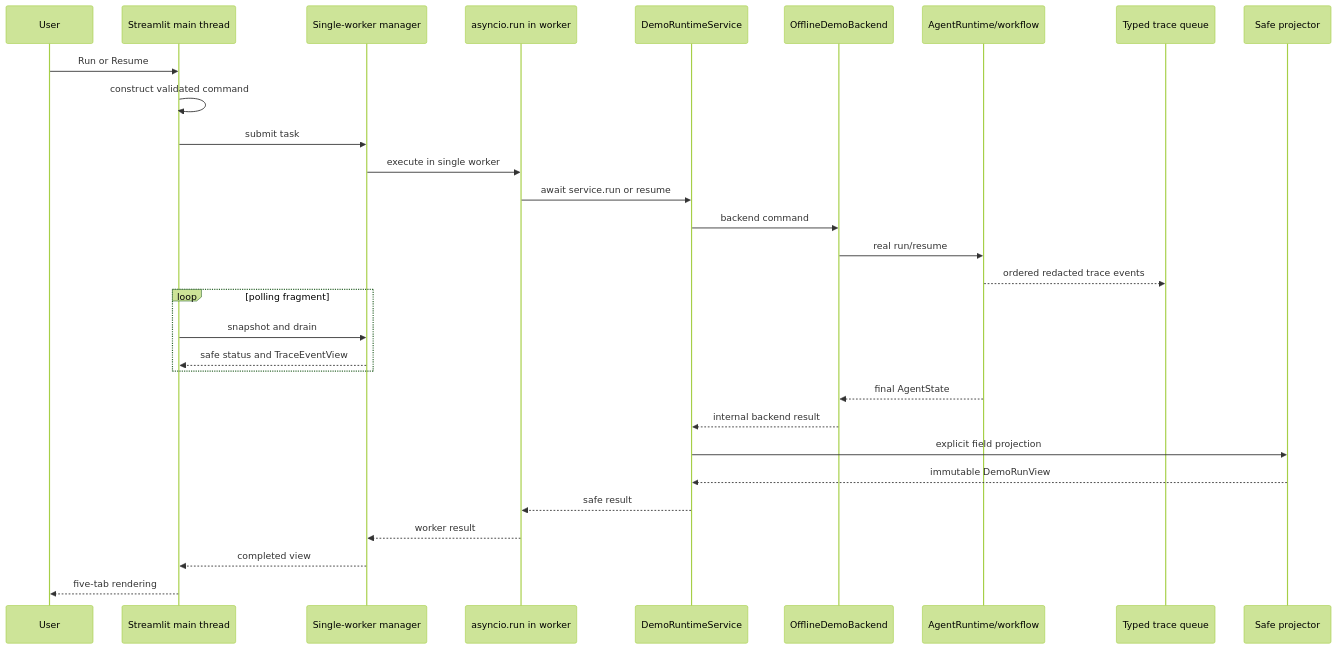
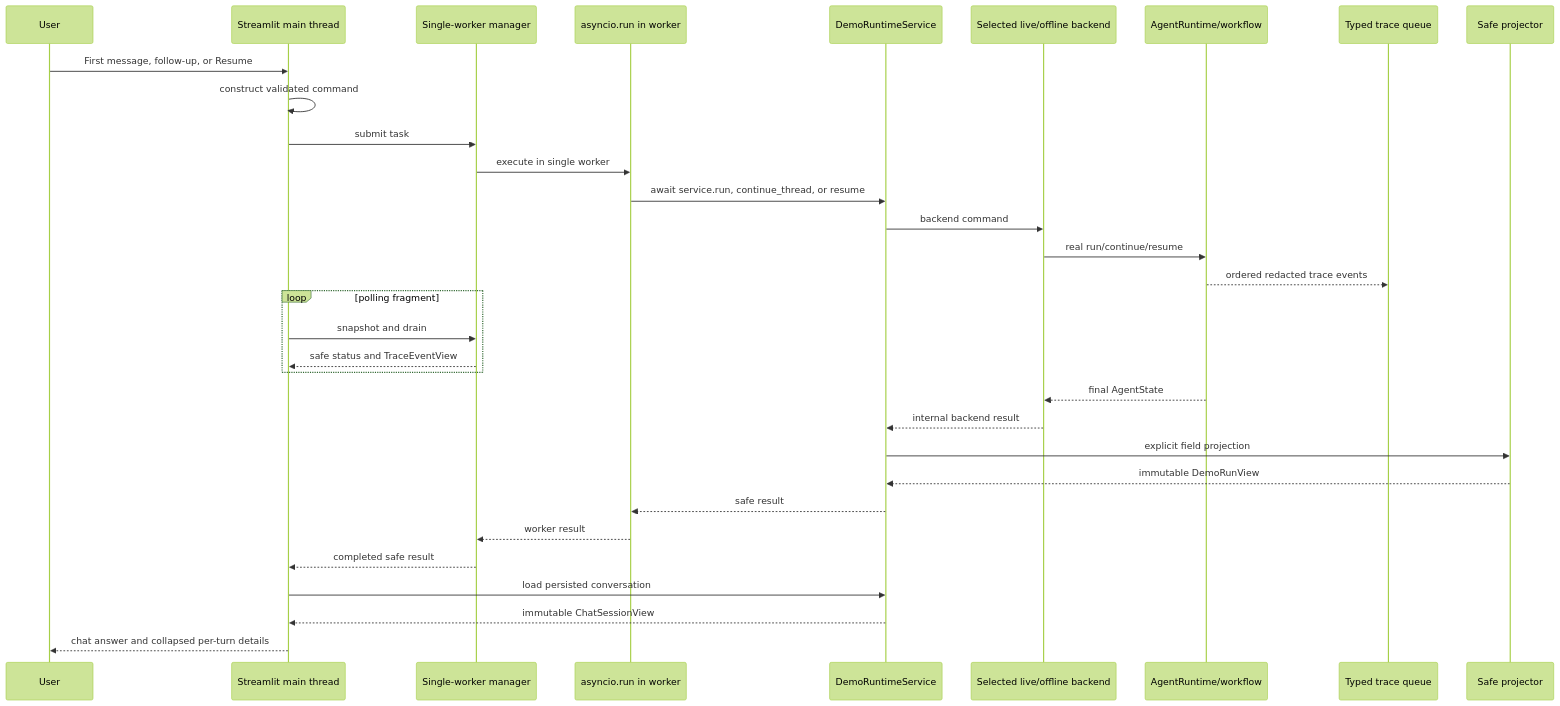
The eighth of 9 diagrams in docs/project-report-mini-deerflow.md (hhtuann/mini-deerflow), drawn with Mermaid (forest theme) before and after one commit. The commit also changed other lines of this file and 46 other files, not shown here.

Commit message:
feat: finalize true multi-turn chat experience

````diff
--- a/docs/project-report-mini-deerflow.md
+++ b/docs/project-report-mini-deerflow.md
@@ -617,33 +637,35 @@
 ```mermaid
 sequenceDiagram
     participant U as User
     participant ST as Streamlit main thread
     participant J as Single-worker manager
     participant A as asyncio.run in worker
     participant S as DemoRuntimeService
-    participant B as OfflineDemoBackend
+    participant B as Selected live/offline backend
     participant R as AgentRuntime/workflow
     participant Q as Typed trace queue
     participant P as Safe projector
 
-    U->>ST: Run or Resume
+    U->>ST: First message, follow-up, or Resume
     ST->>ST: construct validated command
     ST->>J: submit task
     J->>A: execute in single worker
-    A->>S: await service.run or resume
+    A->>S: await service.run, continue_thread, or resume
     S->>B: backend command
-    B->>R: real run/resume
+    B->>R: real run/continue/resume
     R-->>Q: ordered redacted trace events
     loop polling fragment
         ST->>J: snapshot and drain
         J-->>ST: safe status and TraceEventView
     end
     R-->>B: final AgentState
     B-->>S: internal backend result
     S->>P: explicit field projection
     P-->>S: immutable DemoRunView
     S-->>A: safe result
     A-->>J: worker result
-    J-->>ST: completed view
-    ST-->>U: five-tab rendering
+    J-->>ST: completed safe result
+    ST->>S: load persisted conversation
+    S-->>ST: immutable ChatSessionView
+    ST-->>U: chat answer and collapsed per-turn details
 ```
````
